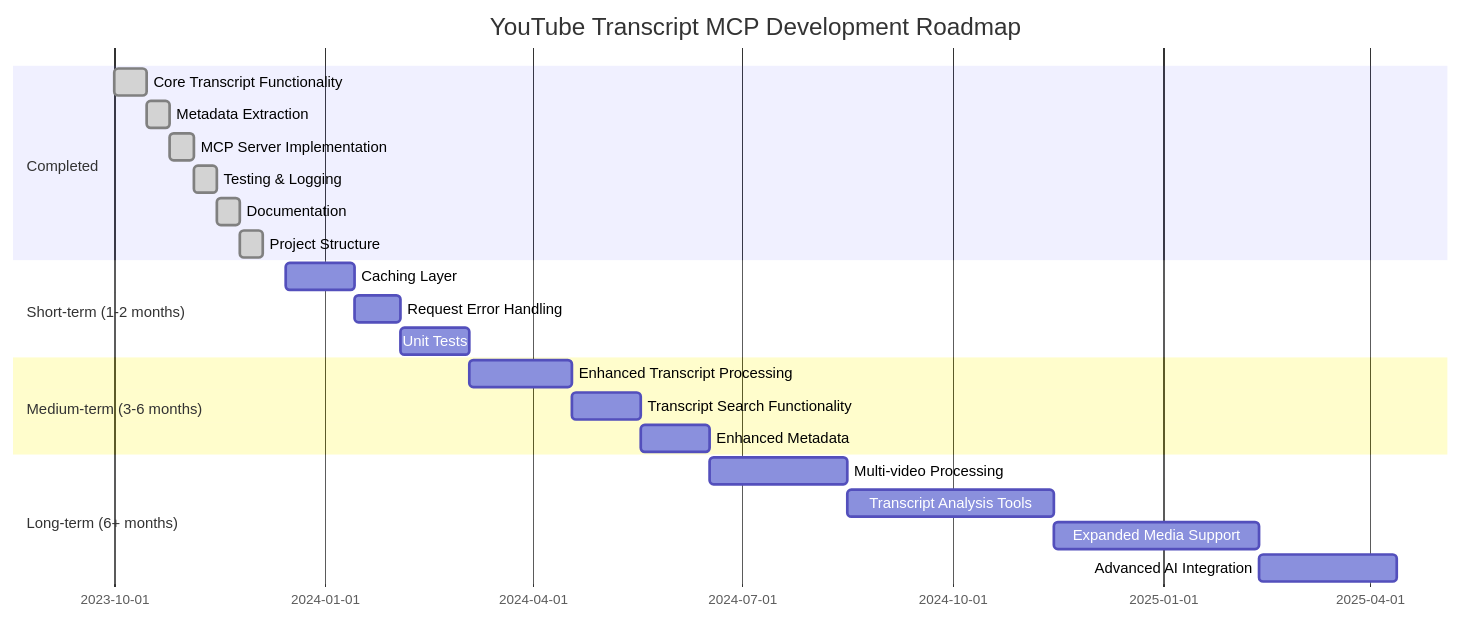
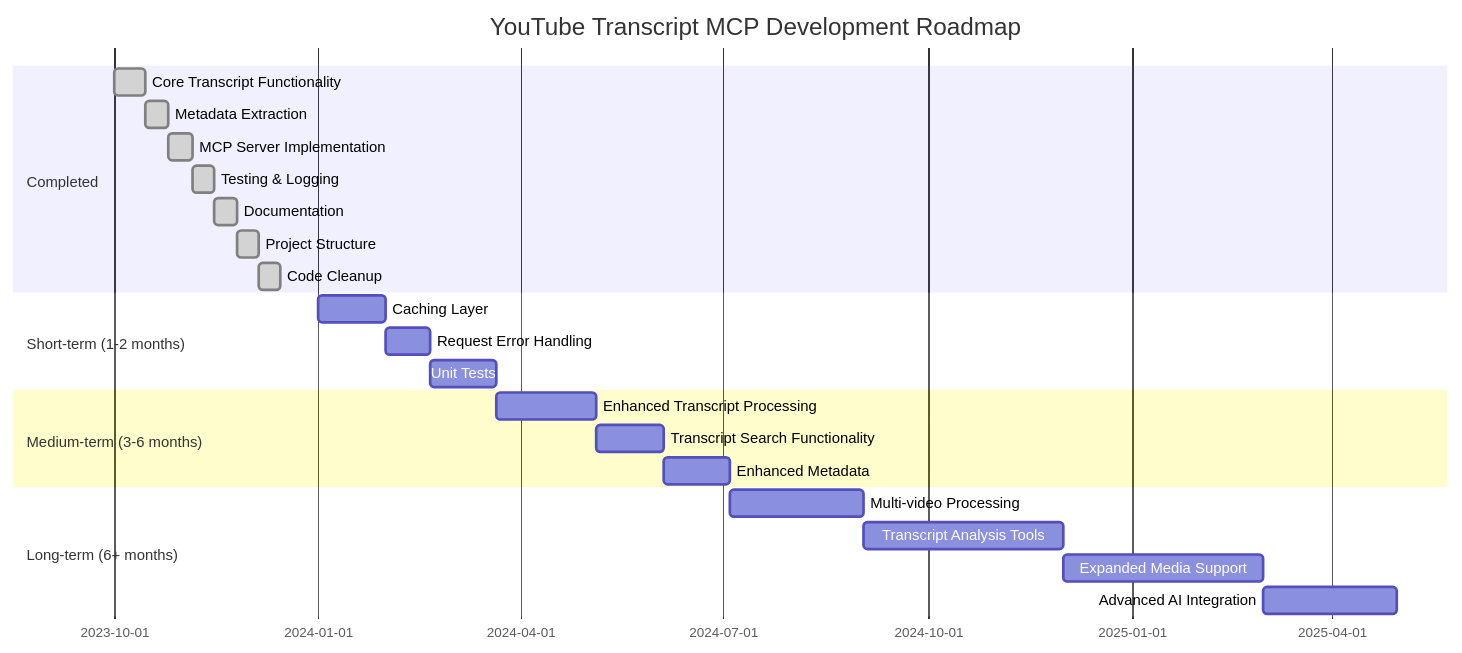
One commit to palvindersander/youtube-transcript-mcp changed the diagram in docs/progress_tracker.md. Above: the diagram before and after it, drawn with Mermaid. The commit also changed other lines of this file and 2 other files, not shown here.

````diff
--- a/docs/progress_tracker.md
+++ b/docs/progress_tracker.md
@@ -71,29 +84,30 @@
 ```mermaid
 gantt
     title YouTube Transcript MCP Development Roadmap
     dateFormat  YYYY-MM-DD
     
     section Completed
     Core Transcript Functionality      :done, core, 2023-10-01, 2023-10-15
     Metadata Extraction               :done, meta, after core, 2023-10-25
     MCP Server Implementation         :done, mcp, after meta, 2023-11-05
     Testing & Logging                 :done, test, after mcp, 2023-11-15
     Documentation                     :done, docs, after test, 2023-11-25
     Project Structure                 :done, struct, after docs, 2023-12-05
+    Code Cleanup                      :done, cleanup, after struct, 2023-12-15
     
     section Short-term (1-2 months)
-    Caching Layer                     :cache, 2023-12-15, 30d
+    Caching Layer                     :cache, 2024-01-01, 30d
     Request Error Handling            :error, after cache, 20d
     Unit Tests                        :unit, after error, 30d
     
     section Medium-term (3-6 months)
     Enhanced Transcript Processing    :etrans, after unit, 45d
     Transcript Search Functionality   :search, after etrans, 30d
     Enhanced Metadata                 :emeta, after search, 30d
     
     section Long-term (6+ months)
     Multi-video Processing            :multi, after emeta, 60d
     Transcript Analysis Tools         :analysis, after multi, 90d
     Expanded Media Support            :expand, after analysis, 90d
     Advanced AI Integration           :ai, after expand, 60d
 ```
````
